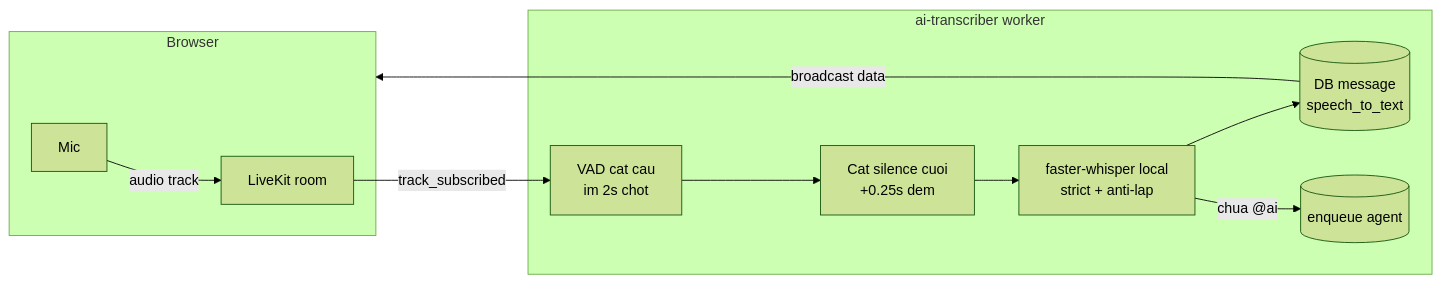
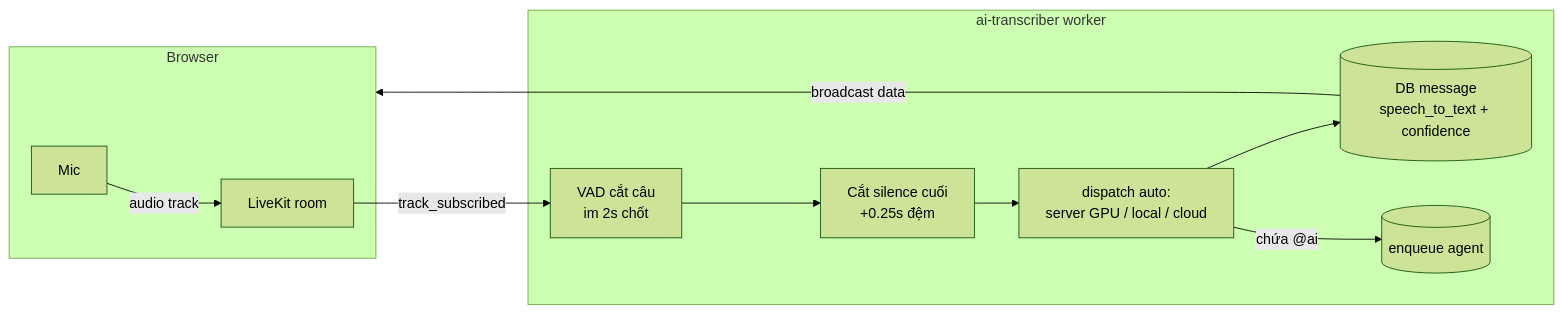
Before and after one commit to bexanhtuoi/E-Room: the fifth of 14 diagrams in docs/workflow.md, drawn with Mermaid (forest theme). The commit also changed other lines of this file and 7 other files, not shown here.

````diff
--- a/docs/workflow.md
+++ b/docs/workflow.md
@@ -75,14 +76,14 @@
 ```mermaid
 flowchart LR
     subgraph B[Browser]
         MIC[Mic] -->|audio track| L1
     end
     subgraph B2[ai-transcriber worker]
-        L1[LiveKit room] -->|track_subscribed| VAD[VAD cat cau<br/>im 2s chot]
-        VAD --> TRIM[Cat silence cuoi<br/>+0.25s dem]
-        TRIM --> STT[faster-whisper local<br/>strict + anti-lap]
-        STT --> SAVE[(DB message<br/>speech_to_text)]
-        STT -->|chua @ai| Q[(enqueue agent)]
+        L1[LiveKit room] -->|track_subscribed| VAD[VAD cắt câu<br/>im 2s chốt]
+        VAD --> TRIM[Cắt silence cuối<br/>+0.25s đệm]
+        TRIM --> STT[dispatch auto:<br/>server GPU / local / cloud]
+        STT --> SAVE[(DB message<br/>speech_to_text + confidence)]
+        STT -->|chứa @ai| Q[(enqueue agent)]
     end
     SAVE -->|broadcast data| B
 ```
````
